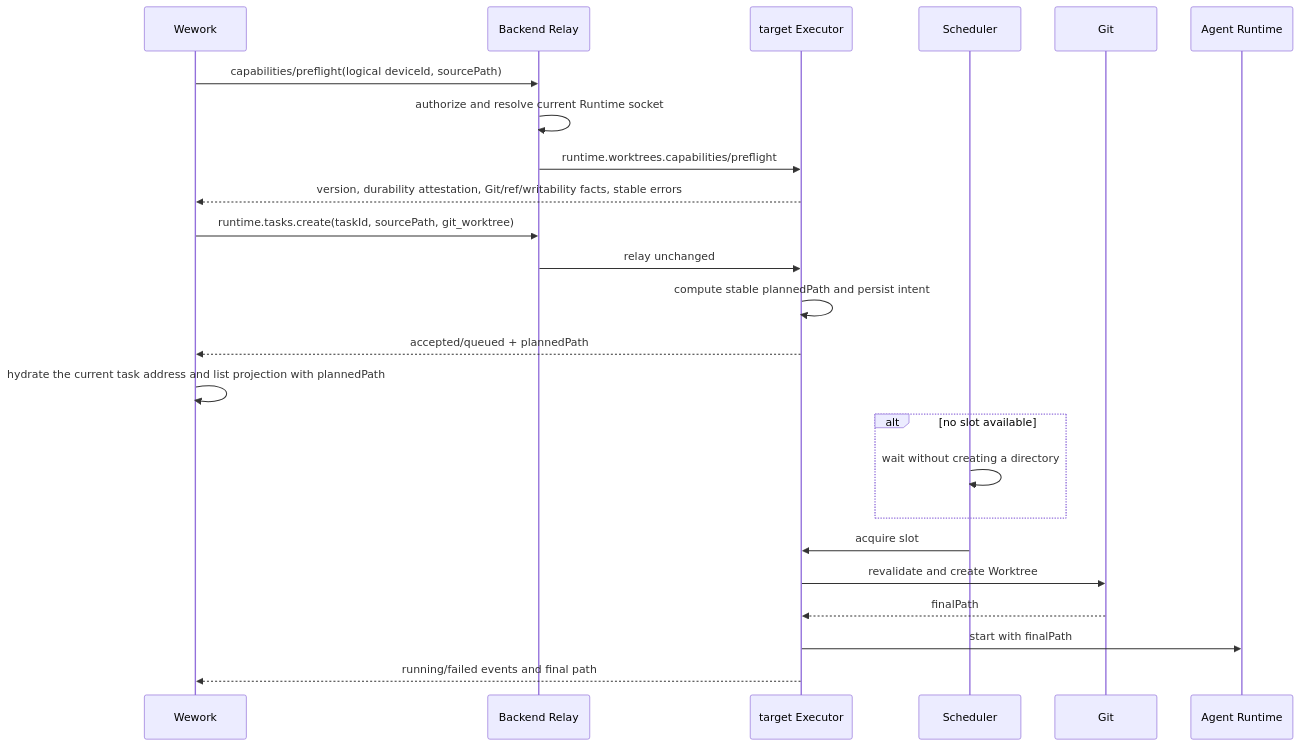
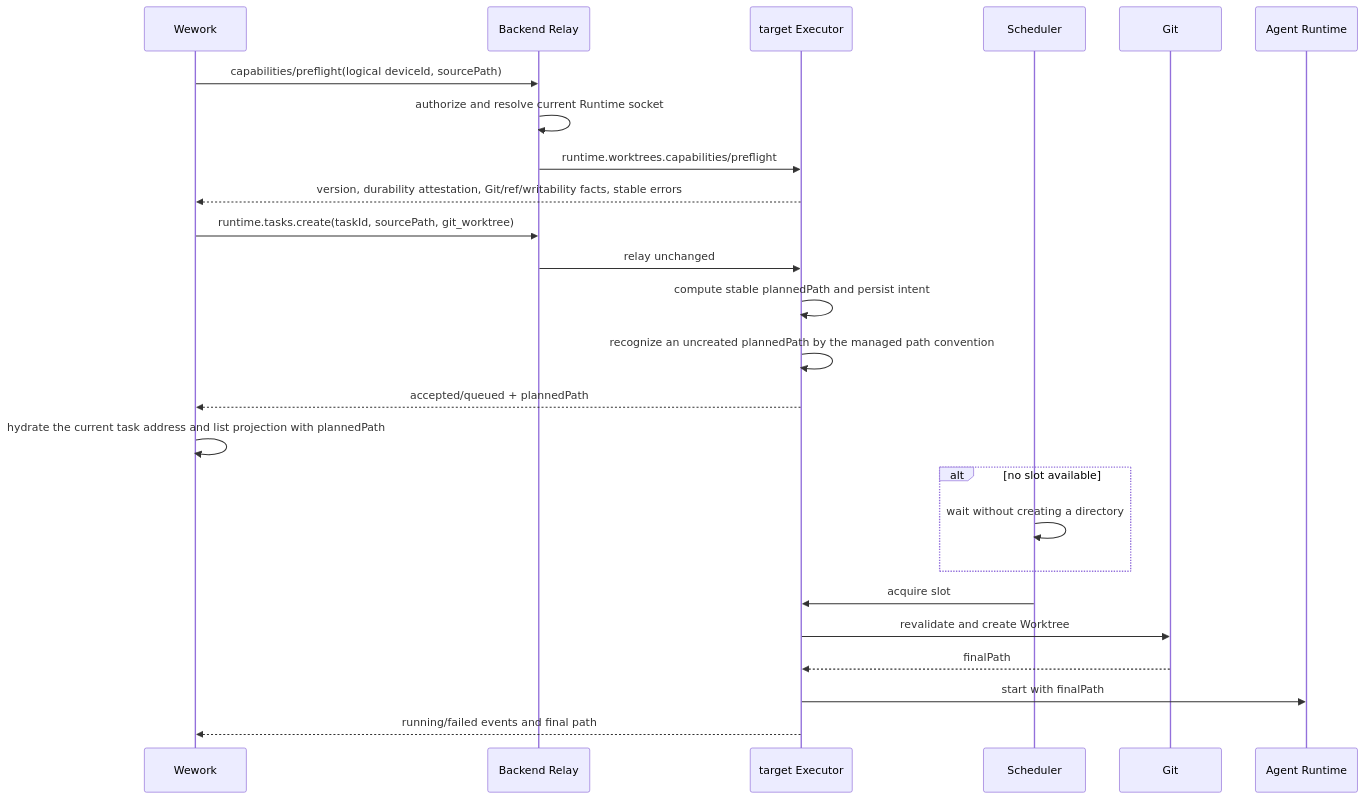
The second of 3 diagrams in docs/architecture/git-worktree-execution.md (wecode-ai/wegent-docs), drawn with Mermaid before and after one commit. The commit also changed other lines of this file and 3 other files, not shown here.

````diff
--- a/docs/architecture/git-worktree-execution.md
+++ b/docs/architecture/git-worktree-execution.md
@@ -40,27 +40,28 @@
 ```mermaid
 sequenceDiagram
     participant U as Wework
     participant B as Backend Relay
     participant E as target Executor
     participant S as Scheduler
     participant G as Git
     participant R as Agent Runtime
 
     U->>B: capabilities/preflight(logical deviceId, sourcePath)
     B->>B: authorize and resolve current Runtime socket
     B->>E: runtime.worktrees.capabilities/preflight
     E-->>U: version, durability attestation, Git/ref/writability facts, stable errors
     U->>B: runtime.tasks.create(taskId, sourcePath, git_worktree)
     B->>E: relay unchanged
     E->>E: compute stable plannedPath and persist intent
+    E->>E: recognize an uncreated plannedPath by the managed path convention
     E-->>U: accepted/queued + plannedPath
     U->>U: hydrate the current task address and list projection with plannedPath
     alt no slot available
         S->>S: wait without creating a directory
     end
     S->>E: acquire slot
     E->>G: revalidate and create Worktree
     G-->>E: finalPath
     E->>R: start with finalPath
     E-->>U: running/failed events and final path
 ```
````
